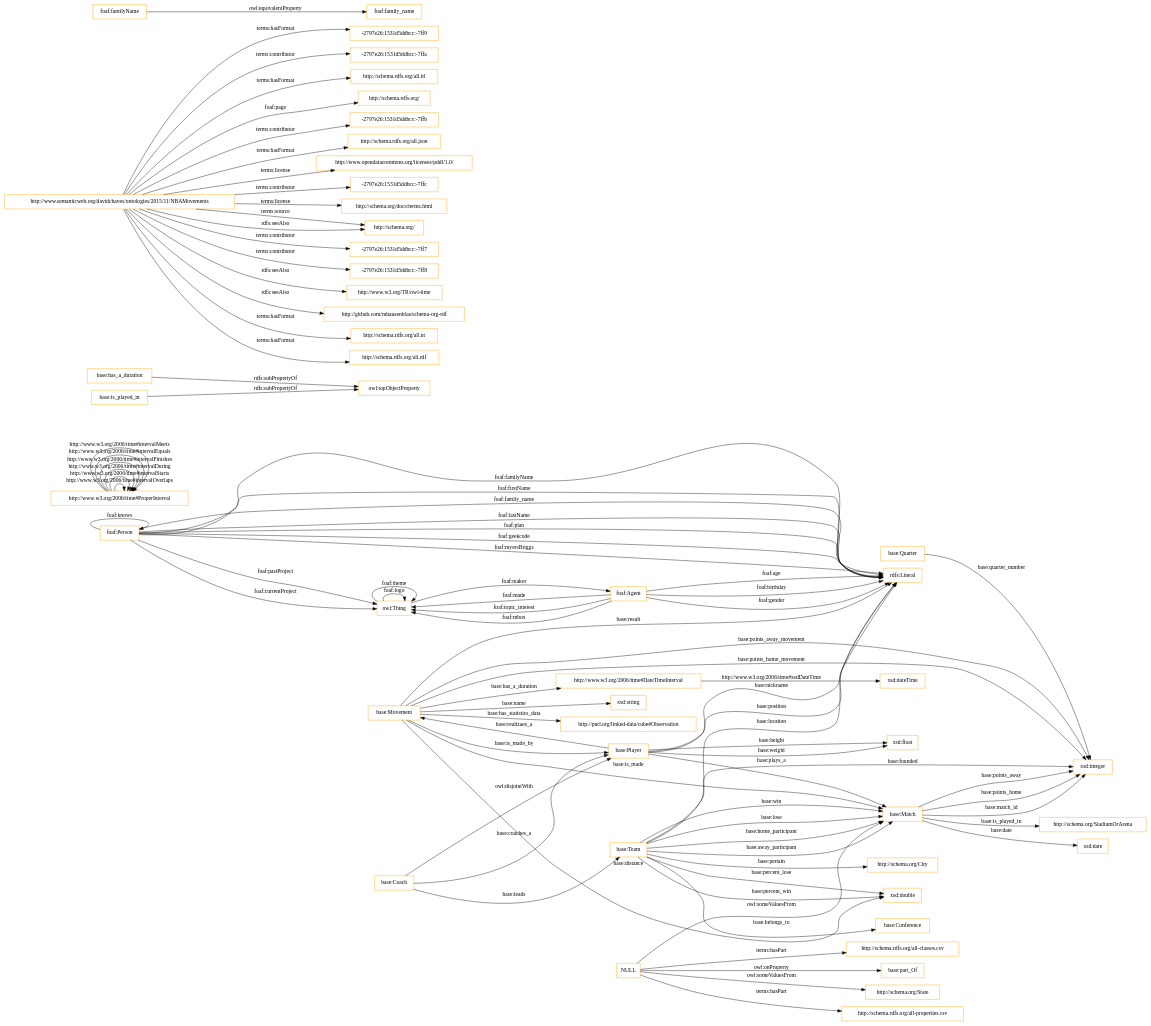
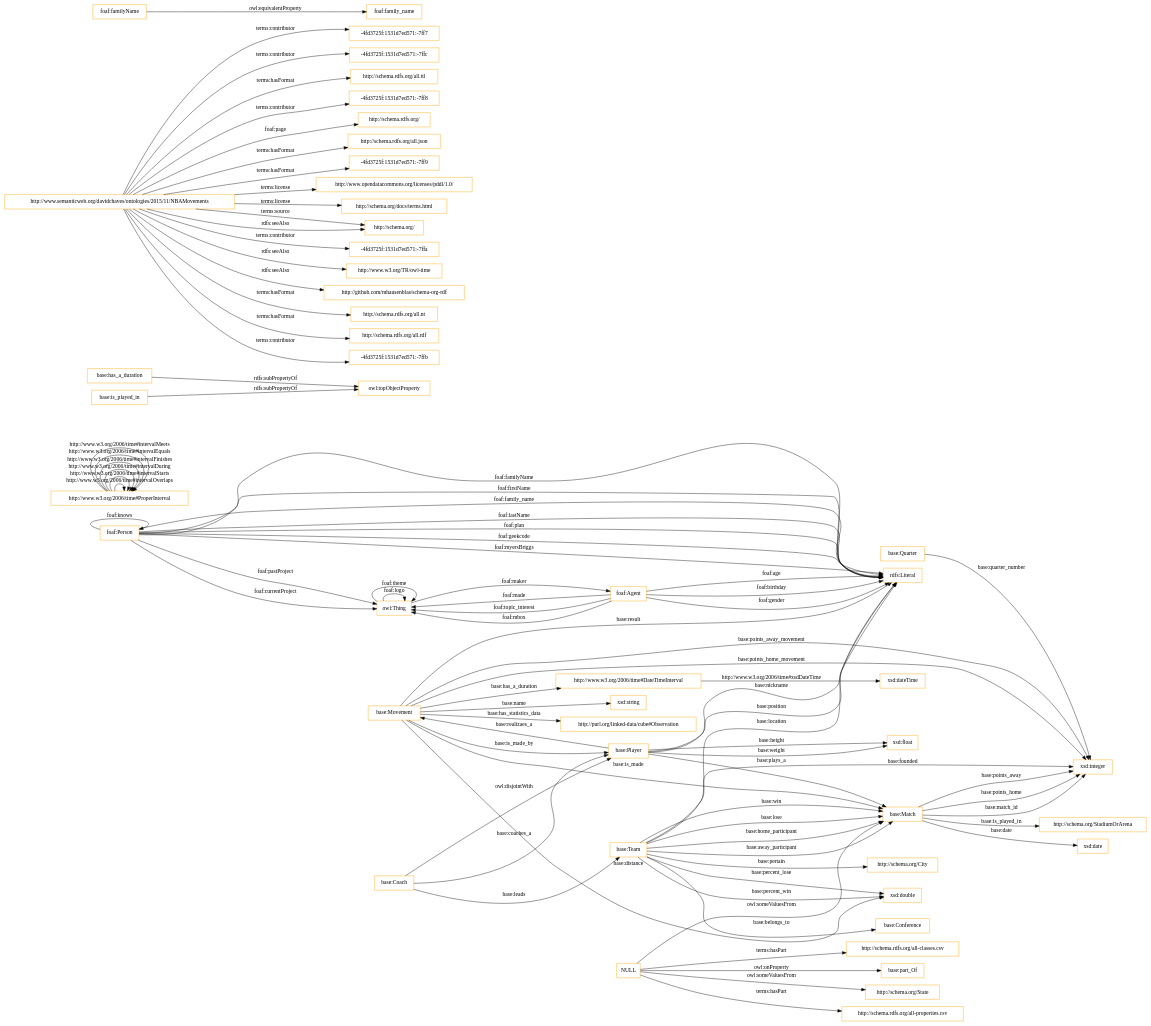
Before and after one commit to OnToologyUser/NBAMovements: the diagram in OnToology/NBAMovementsv2.owl/diagrams/ar2dtool-class/NBAMovementsv2.owl.png.dot, drawn with Graphviz. The commit also changed 4 other files, not shown here.

```diff
--- a/OnToology/NBAMovementsv2.owl/diagrams/ar2dtool-class/NBAMovementsv2.owl.png.dot
+++ b/OnToology/NBAMovementsv2.owl/diagrams/ar2dtool-class/NBAMovementsv2.owl.png.dot
@@ -1,91 +1,91 @@
 digraph ar2dtool_diagram { 
 rankdir=LR;
 size="1501"
 node [shape = rectangle, color="orange"]; "http://www.w3.org/2006/time#DateTimeInterval" "base:Team" "base:Coach" "http://www.w3.org/2006/time#ProperInterval" "http://schema.org/State" "http://schema.org/City" "foaf:Person" "base:Player" "base:Quarter" "http://schema.org/StadiumOrArena" "base:Match" "http://purl.org/linked-data/cube#Observation" "base:Movement" "base:Conference" ; /*classes style*/
 	"base:Coach" -> "base:Player" [ label = "owl:disjointWith" ];
 	"base:has_a_duration" -> "owl:topObjectProperty" [ label = "rdfs:subPropertyOf" ];
-	"http://www.semanticweb.org/davidchaves/ontologies/2015/11/NBAMovements" -> "-2797e26:1531d5ddbcc:-7ff9" [ label = "terms:hasFormat" ];
-	"http://www.semanticweb.org/davidchaves/ontologies/2015/11/NBAMovements" -> "-2797e26:1531d5ddbcc:-7ffa" [ label = "terms:contributor" ];
+	"http://www.semanticweb.org/davidchaves/ontologies/2015/11/NBAMovements" -> "-4fd3725f:1531d7ed571:-7ff7" [ label = "terms:contributor" ];
+	"http://www.semanticweb.org/davidchaves/ontologies/2015/11/NBAMovements" -> "-4fd3725f:1531d7ed571:-7ffc" [ label = "terms:contributor" ];
 	"http://www.semanticweb.org/davidchaves/ontologies/2015/11/NBAMovements" -> "http://schema.rdfs.org/all.ttl" [ label = "terms:hasFormat" ];
+	"http://www.semanticweb.org/davidchaves/ontologies/2015/11/NBAMovements" -> "-4fd3725f:1531d7ed571:-7ff8" [ label = "terms:contributor" ];
 	"http://www.semanticweb.org/davidchaves/ontologies/2015/11/NBAMovements" -> "http://schema.rdfs.org/" [ label = "foaf:page" ];
-	"http://www.semanticweb.org/davidchaves/ontologies/2015/11/NBAMovements" -> "-2797e26:1531d5ddbcc:-7ffb" [ label = "terms:contributor" ];
 	"http://www.semanticweb.org/davidchaves/ontologies/2015/11/NBAMovements" -> "http://schema.rdfs.org/all.json" [ label = "terms:hasFormat" ];
+	"http://www.semanticweb.org/davidchaves/ontologies/2015/11/NBAMovements" -> "-4fd3725f:1531d7ed571:-7ff9" [ label = "terms:hasFormat" ];
 	"http://www.semanticweb.org/davidchaves/ontologies/2015/11/NBAMovements" -> "http://www.opendatacommons.org/licenses/pddl/1.0/" [ label = "terms:license" ];
-	"http://www.semanticweb.org/davidchaves/ontologies/2015/11/NBAMovements" -> "-2797e26:1531d5ddbcc:-7ffc" [ label = "terms:contributor" ];
 	"http://www.semanticweb.org/davidchaves/ontologies/2015/11/NBAMovements" -> "http://schema.org/docs/terms.html" [ label = "terms:license" ];
 	"http://www.semanticweb.org/davidchaves/ontologies/2015/11/NBAMovements" -> "http://schema.org/" [ label = "terms:source" ];
-	"http://www.semanticweb.org/davidchaves/ontologies/2015/11/NBAMovements" -> "-2797e26:1531d5ddbcc:-7ff7" [ label = "terms:contributor" ];
-	"http://www.semanticweb.org/davidchaves/ontologies/2015/11/NBAMovements" -> "-2797e26:1531d5ddbcc:-7ff8" [ label = "terms:contributor" ];
+	"http://www.semanticweb.org/davidchaves/ontologies/2015/11/NBAMovements" -> "-4fd3725f:1531d7ed571:-7ffa" [ label = "terms:contributor" ];
 	"http://www.semanticweb.org/davidchaves/ontologies/2015/11/NBAMovements" -> "http://www.w3.org/TR/owl-time" [ label = "rdfs:seeAlso" ];
 	"http://www.semanticweb.org/davidchaves/ontologies/2015/11/NBAMovements" -> "http://schema.org/" [ label = "rdfs:seeAlso" ];
 	"http://www.semanticweb.org/davidchaves/ontologies/2015/11/NBAMovements" -> "http://github.com/mhausenblas/schema-org-rdf" [ label = "rdfs:seeAlso" ];
 	"http://www.semanticweb.org/davidchaves/ontologies/2015/11/NBAMovements" -> "http://schema.rdfs.org/all.nt" [ label = "terms:hasFormat" ];
 	"http://www.semanticweb.org/davidchaves/ontologies/2015/11/NBAMovements" -> "http://schema.rdfs.org/all.rdf" [ label = "terms:hasFormat" ];
+	"http://www.semanticweb.org/davidchaves/ontologies/2015/11/NBAMovements" -> "-4fd3725f:1531d7ed571:-7ffb" [ label = "terms:contributor" ];
 	"base:is_played_in" -> "owl:topObjectProperty" [ label = "rdfs:subPropertyOf" ];
 	"foaf:familyName" -> "foaf:family_name" [ label = "owl:equivalentProperty" ];
 	"NULL" -> "http://schema.rdfs.org/all-properties.csv" [ label = "terms:hasPart" ];
 	"NULL" -> "http://schema.rdfs.org/all-classes.csv" [ label = "terms:hasPart" ];
 	"NULL" -> "base:Match" [ label = "owl:someValuesFrom" ];
 	"NULL" -> "http://schema.org/State" [ label = "owl:someValuesFrom" ];
 	"NULL" -> "base:part_Of" [ label = "owl:onProperty" ];
 	"base:Team" -> "rdfs:Literal" [ label = "base:location" ];
 	"owl:Thing" -> "foaf:Agent" [ label = "foaf:maker" ];
 	"base:Player" -> "rdfs:Literal" [ label = "base:nickname" ];
 	"base:Player" -> "rdfs:Literal" [ label = "base:position" ];
 	"base:Movement" -> "xsd:integer" [ label = "base:points_home_movement" ];
 	"http://www.w3.org/2006/time#ProperInterval" -> "http://www.w3.org/2006/time#ProperInterval" [ label = "http://www.w3.org/2006/time#intervalOverlaps" ];
 	"owl:Thing" -> "owl:Thing" [ label = "foaf:logo" ];
 	"foaf:Agent" -> "owl:Thing" [ label = "foaf:made" ];
 	"foaf:Agent" -> "rdfs:Literal" [ label = "foaf:birthday" ];
 	"base:Player" -> "base:Movement" [ label = "base:realizaes_a" ];
 	"foaf:Person" -> "rdfs:Literal" [ label = "foaf:familyName" ];
 	"base:Movement" -> "rdfs:Literal" [ label = "base:result" ];
 	"foaf:Person" -> "rdfs:Literal" [ label = "foaf:firstName" ];
 	"base:Team" -> "base:Match" [ label = "base:home_participant" ];
 	"foaf:Person" -> "owl:Thing" [ label = "foaf:currentProject" ];
 	"base:Movement" -> "http://purl.org/linked-data/cube#Observation" [ label = "base:has_statistics_data" ];
 	"http://www.w3.org/2006/time#ProperInterval" -> "http://www.w3.org/2006/time#ProperInterval" [ label = "http://www.w3.org/2006/time#intervalStarts" ];
 	"http://www.w3.org/2006/time#DateTimeInterval" -> "xsd:dateTime" [ label = "http://www.w3.org/2006/time#xsdDateTime" ];
 	"foaf:Agent" -> "owl:Thing" [ label = "foaf:topic_interest" ];
 	"base:Movement" -> "http://www.w3.org/2006/time#DateTimeInterval" [ label = "base:has_a_duration" ];
 	"foaf:Agent" -> "rdfs:Literal" [ label = "foaf:gender" ];
 	"base:Movement" -> "xsd:string" [ label = "base:name" ];
 	"base:Match" -> "xsd:integer" [ label = "base:points_away" ];
 	"base:Team" -> "base:Match" [ label = "base:away_participant" ];
 	"http://www.w3.org/2006/time#ProperInterval" -> "http://www.w3.org/2006/time#ProperInterval" [ label = "http://www.w3.org/2006/time#intervalDuring" ];
 	"base:Team" -> "base:Conference" [ label = "base:belongs_to" ];
 	"http://www.w3.org/2006/time#ProperInterval" -> "http://www.w3.org/2006/time#ProperInterval" [ label = "http://www.w3.org/2006/time#intervalFinishes" ];
 	"base:Coach" -> "base:Player" [ label = "base:coaches_a" ];
 	"base:Team" -> "xsd:integer" [ label = "base:founded" ];
 	"base:Team" -> "base:Match" [ label = "base:win" ];
 	"base:Match" -> "xsd:integer" [ label = "base:points_home" ];
 	"base:Team" -> "xsd:double" [ label = "base:percent_win" ];
 	"foaf:Person" -> "rdfs:Literal" [ label = "foaf:family_name" ];
 	"base:Movement" -> "xsd:double" [ label = "base:distance" ];
 	"base:Player" -> "xsd:float" [ label = "base:weight" ];
 	"base:Team" -> "base:Match" [ label = "base:lose" ];
 	"owl:Thing" -> "owl:Thing" [ label = "foaf:theme" ];
 	"base:Match" -> "xsd:date" [ label = "base:date" ];
 	"foaf:Agent" -> "rdfs:Literal" [ label = "foaf:age" ];
 	"foaf:Agent" -> "owl:Thing" [ label = "foaf:mbox" ];
 	"foaf:Person" -> "rdfs:Literal" [ label = "foaf:lastName" ];
 	"base:Team" -> "xsd:double" [ label = "base:percent_lose" ];
 	"http://www.w3.org/2006/time#ProperInterval" -> "http://www.w3.org/2006/time#ProperInterval" [ label = "http://www.w3.org/2006/time#intervalEquals" ];
 	"foaf:Person" -> "owl:Thing" [ label = "foaf:pastProject" ];
 	"base:Match" -> "xsd:integer" [ label = "base:match_id" ];
 	"base:Movement" -> "base:Player" [ label = "base:is_made_by" ];
 	"base:Match" -> "http://schema.org/StadiumOrArena" [ label = "base:is_played_in" ];
 	"foaf:Person" -> "foaf:Person" [ label = "foaf:knows" ];
 	"base:Player" -> "base:Match" [ label = "base:plays_a" ];
 	"foaf:Person" -> "rdfs:Literal" [ label = "foaf:plan" ];
 	"foaf:Person" -> "rdfs:Literal" [ label = "foaf:geekcode" ];
 	"base:Team" -> "http://schema.org/City" [ label = "base:pertain" ];
 	"base:Quarter" -> "xsd:integer" [ label = "base:quarter_number" ];
 	"base:Coach" -> "base:Team" [ label = "base:leads" ];
 	"base:Movement" -> "base:Match" [ label = "base:is_made" ];
 	"http://www.w3.org/2006/time#ProperInterval" -> "http://www.w3.org/2006/time#ProperInterval" [ label = "http://www.w3.org/2006/time#intervalMeets" ];
 	"base:Player" -> "xsd:float" [ label = "base:height" ];
 	"base:Movement" -> "xsd:integer" [ label = "base:points_away_movement" ];
 	"foaf:Person" -> "rdfs:Literal" [ label = "foaf:myersBriggs" ];
 
 }
```
